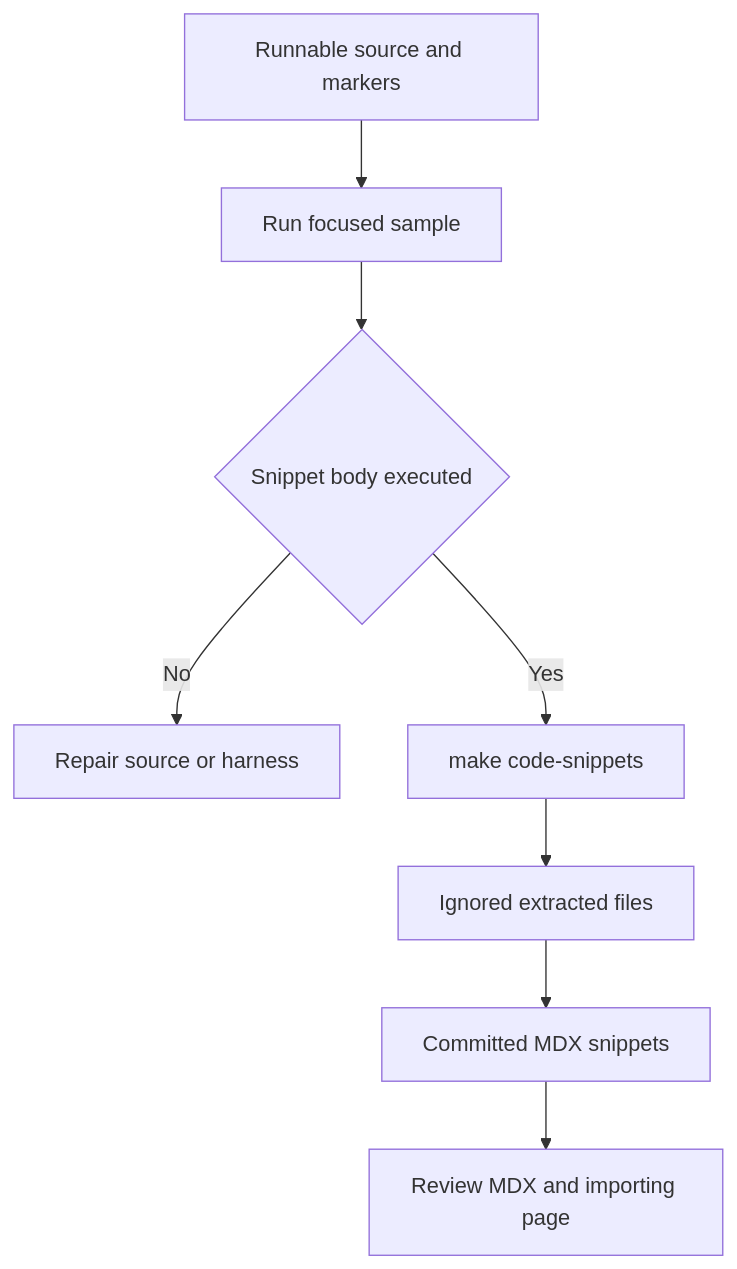
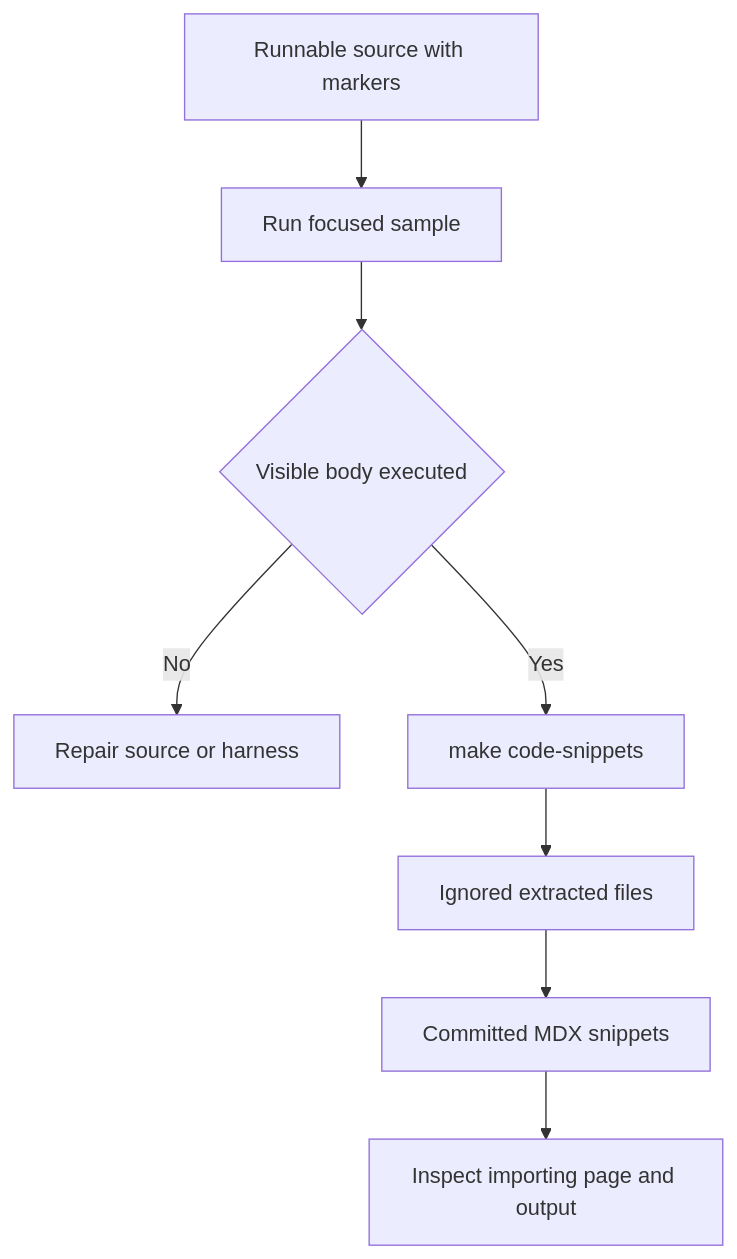
Before and after one commit to langchain-ai/docs: the second of 3 diagrams in openwiki/operations/agent-skills.md, drawn with Mermaid. The commit also changed other lines of this file and 33 other files, not shown here.

````diff
--- a/openwiki/operations/agent-skills.md
+++ b/openwiki/operations/agent-skills.md
@@ -116,10 +117,10 @@
 ```mermaid
 flowchart TD
-  Source["Runnable source and markers"] --> Test["Run focused sample"]
-  Test --> Pass{"Snippet body executed"}
-  Pass -- "No" --> Repair["Repair source or harness"]
-  Pass -- "Yes" --> Extract["make code-snippets"]
+  Source["Runnable source with markers"] --> Test["Run focused sample"]
+  Test --> Executed{"Visible body executed"}
+  Executed -- "No" --> Repair["Repair source or harness"]
+  Executed -- "Yes" --> Extract["make code-snippets"]
   Extract --> Intermediate["Ignored extracted files"]
   Intermediate --> MDX["Committed MDX snippets"]
-  MDX --> Review["Review MDX and importing page"]
+  MDX --> Inspect["Inspect importing page and output"]
 ```
````
